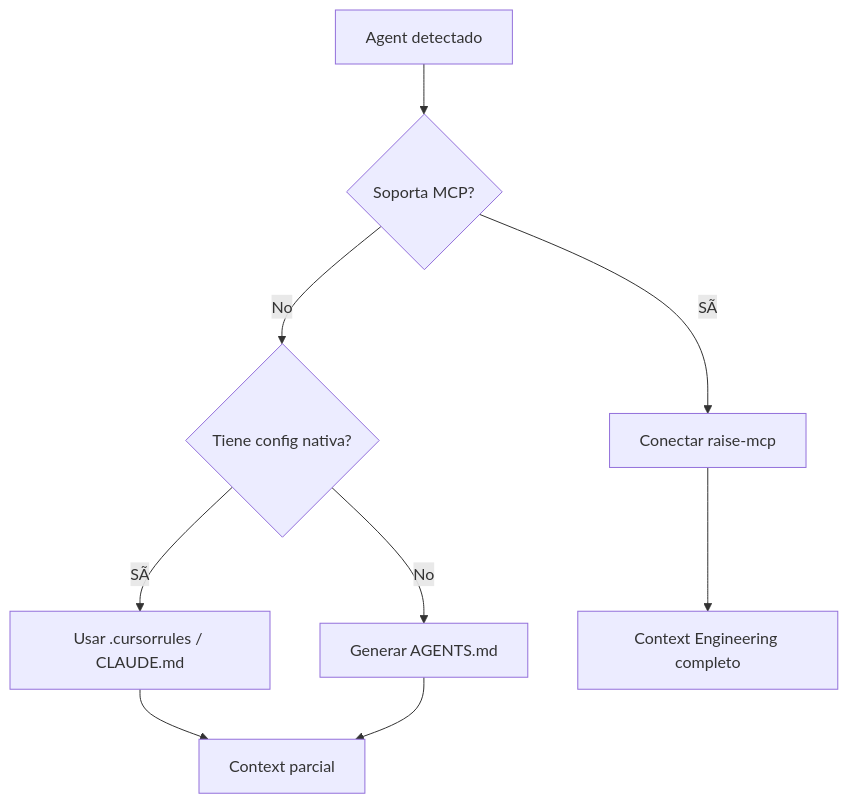
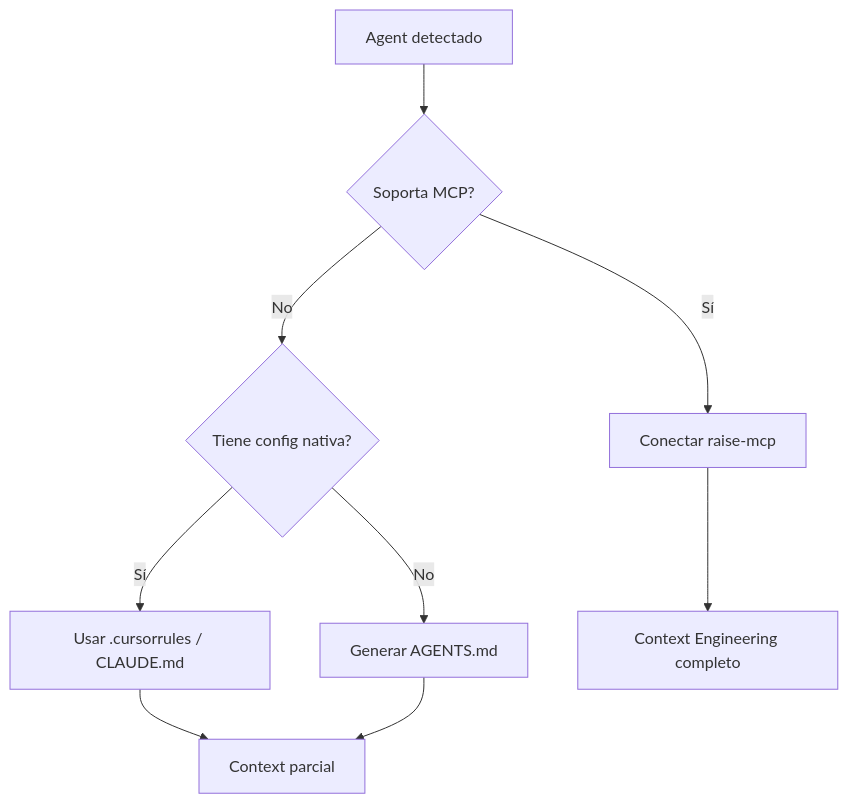
Before and after one commit to humansys/raise: the fifth of 5 diagrams in docs/framework/v2/12-integration-patterns-v2_1.md, drawn with Mermaid. The commit also changed other lines of this file and 9 other files, not shown here.

````diff
--- a/docs/framework/v2/12-integration-patterns-v2_1.md
+++ b/docs/framework/v2/12-integration-patterns-v2_1.md
@@ -371,12 +371,12 @@
 ```mermaid
 flowchart TD
     A[Agent detectado] --> B{Soporta MCP?}
-    B -->|SÃ­| C[Conectar raise-mcp]
+    B -->|Sí| C[Conectar raise-mcp]
     B -->|No| D{Tiene config nativa?}
-    D -->|SÃ­| E[Usar .cursorrules / CLAUDE.md]
+    D -->|Sí| E[Usar .cursorrules / CLAUDE.md]
     D -->|No| F[Generar AGENTS.md]
     
     C --> G[Context Engineering completo]
     E --> H[Context parcial]
     F --> H
 ```
````
